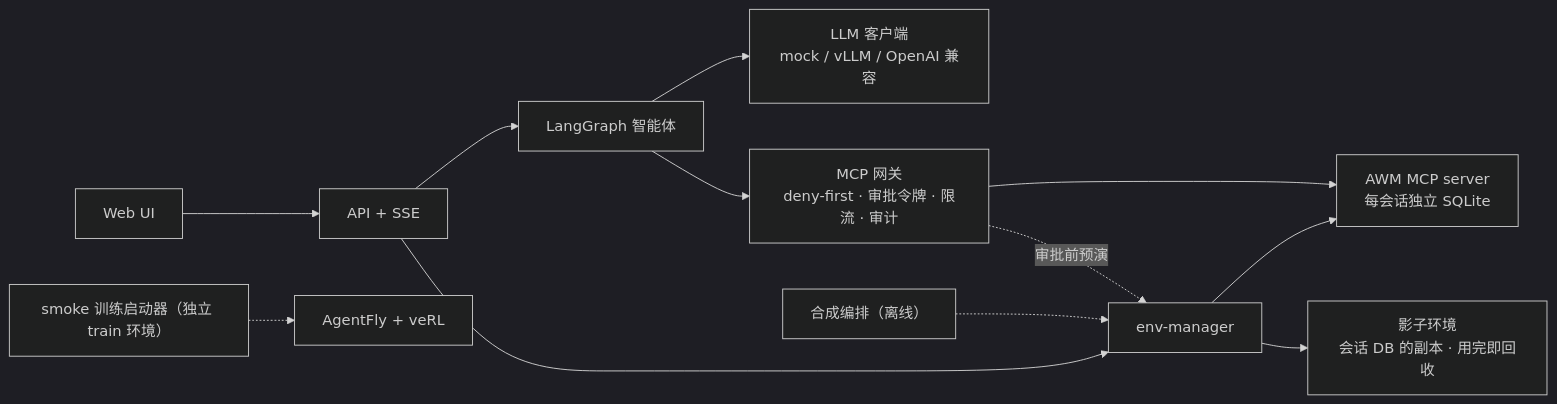
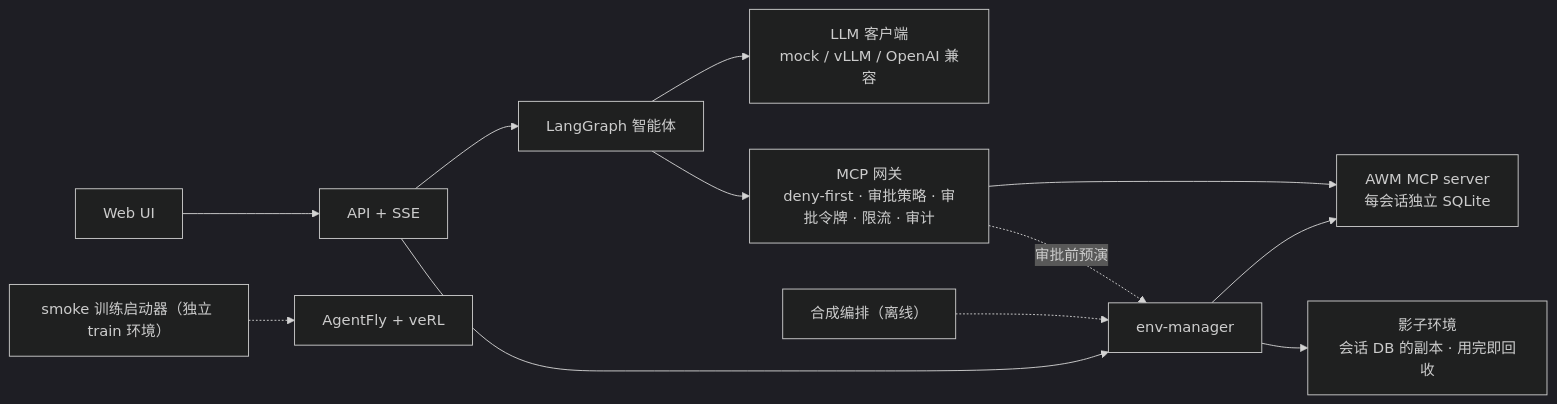
One commit to INF-NAN/BizAgent changed the diagram in README.md. Above: the diagram before and after it, drawn with Mermaid (dark theme). The commit also changed other lines of this file and 3 other files, not shown here.

Commit message:
docs: describe the approval policy in the walkthrough and architecture

````diff
--- a/README.md
+++ b/README.md
@@ -31,11 +31,11 @@
 ```mermaid
 flowchart LR
   UI["Web UI"] --> API["API + SSE"] --> AG["LangGraph 智能体"]
   AG --> LLM["LLM 客户端<br/>mock / vLLM / OpenAI 兼容"]
-  AG --> GW["MCP 网关<br/>deny-first · 审批令牌 · 限流 · 审计"]
+  AG --> GW["MCP 网关<br/>deny-first · 审批策略 · 审批令牌 · 限流 · 审计"]
   GW --> ENV["AWM MCP server<br/>每会话独立 SQLite"]
   API --> MGR["env-manager"] --> ENV
   GW -.->|审批前预演| MGR --> SH["影子环境<br/>会话 DB 的副本 · 用完即回收"]
   SYN["合成编排（离线）"] -.-> MGR
   TR["smoke 训练启动器（独立 train 环境）"] -.-> AF["AgentFly + veRL"]
 ```
````
